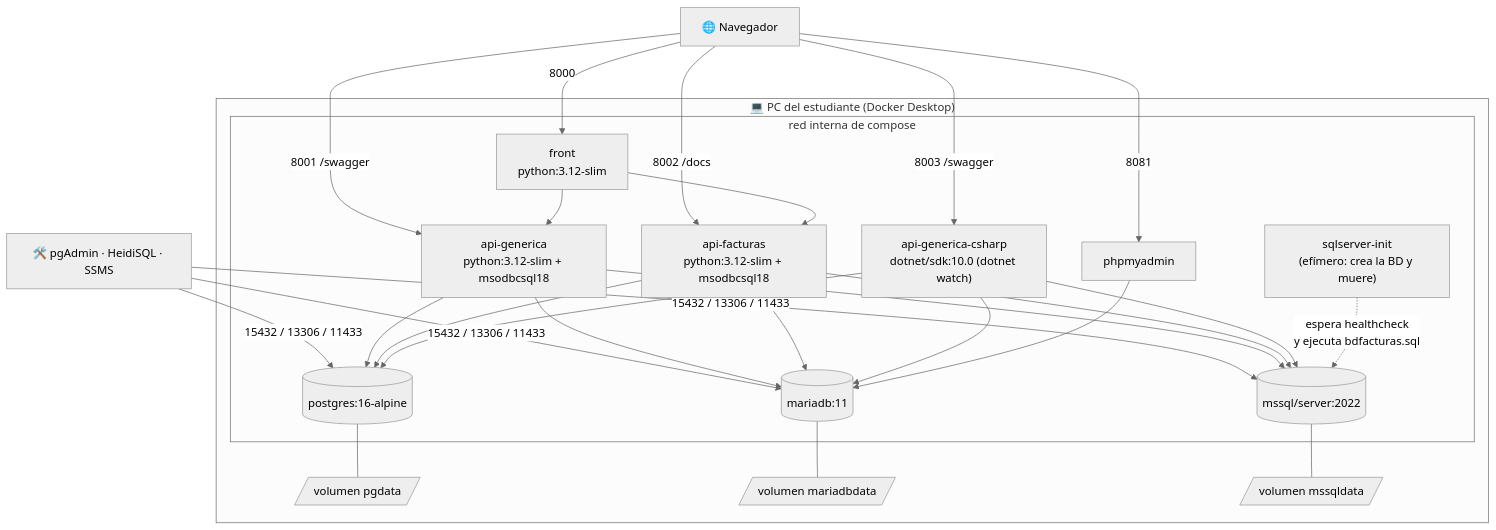
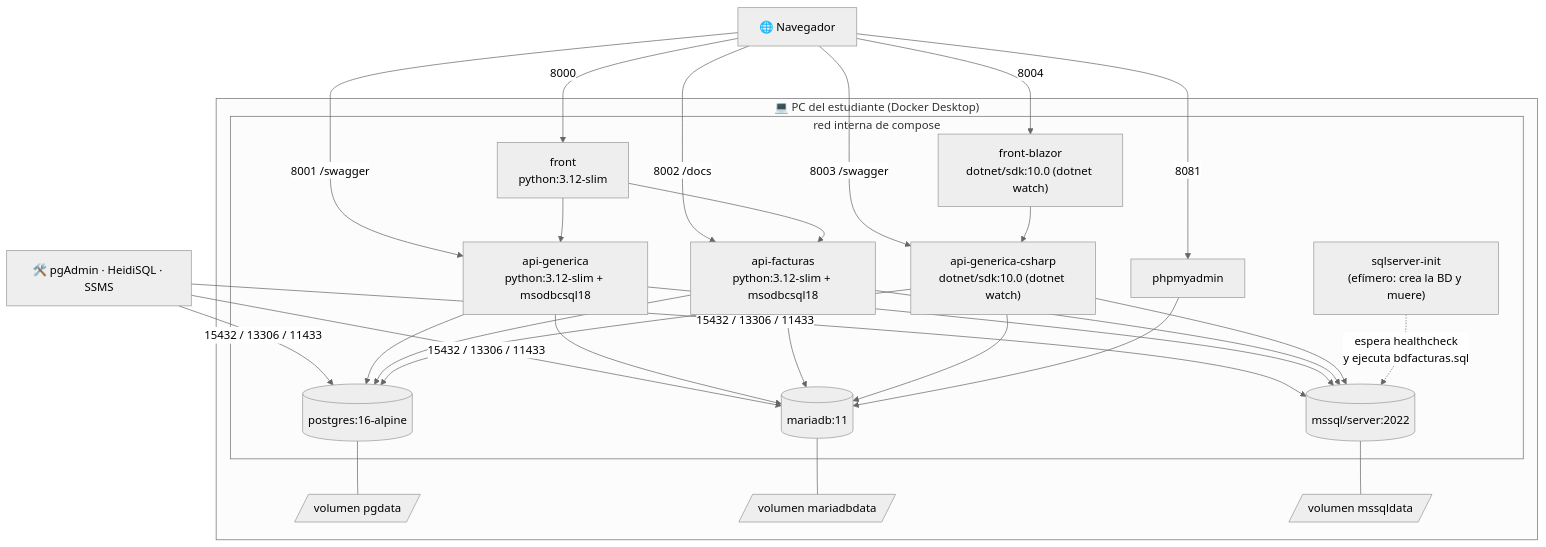
Before and after one commit to ccastro2050/proyecto_construccion1: the eighth of 8 diagrams in README.md, drawn with Mermaid (neutral theme). The commit also changed other lines of this file and 105 other files, not shown here.

First line of the commit message:
Front Blazor (Blazor Server / .NET 10) integrado al entorno Docker en el puerto 8004

````diff
--- a/README.md
+++ b/README.md
@@ -383,35 +394,38 @@
 ```mermaid
 flowchart TB
     subgraph HOST["💻 PC del estudiante (Docker Desktop)"]
         subgraph NET["red interna de compose"]
             F["front<br/>python:3.12-slim"]
             G["api-generica<br/>python:3.12-slim + msodbcsql18"]
             FA["api-facturas<br/>python:3.12-slim + msodbcsql18"]
             CS["api-generica-csharp<br/>dotnet/sdk:10.0 (dotnet watch)"]
+            FB["front-blazor<br/>dotnet/sdk:10.0 (dotnet watch)"]
             P[("postgres:16-alpine")]
             M[("mariadb:11")]
             S[("mssql/server:2022")]
             INIT["sqlserver-init<br/>(efímero: crea la BD y muere)"]
             PMA["phpmyadmin"]
         end
         V1[/"volumen pgdata"/]
         V2[/"volumen mariadbdata"/]
         V3[/"volumen mssqldata"/]
     end
 
     B["🌐 Navegador"] -->|8000| F
     B -->|8001 /swagger| G
     B -->|8002 /docs| FA
     B -->|8003 /swagger| CS
+    B -->|8004| FB
     B -->|8081| PMA
     HERR["🛠️ pgAdmin · HeidiSQL · SSMS"] -->|15432 / 13306 / 11433| P & M & S
 
     F --> G & FA
+    FB --> CS
     G & FA --> P & M & S
     CS --> P & M & S
     INIT -.->|"espera healthcheck<br/>y ejecuta bdfacturas.sql"| S
     PMA --> M
     P --- V1
     M --- V2
     S --- V3
 ```
````
